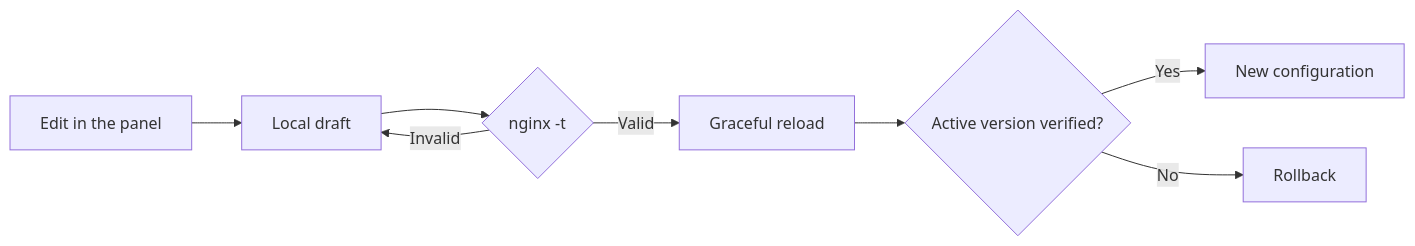
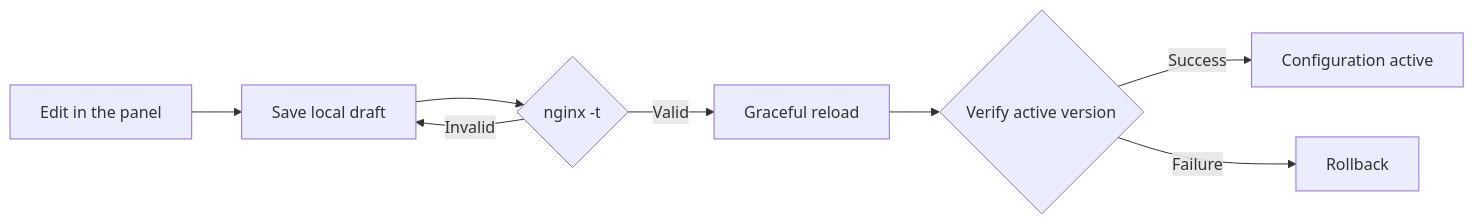
One commit to gadmin2151/ambergate changed the diagram in README.md. Above: the diagram before and after it, drawn with Mermaid. The commit also changed other lines of this file and 14 other files, not shown here.

````diff
--- a/README.md
+++ b/README.md
@@ -260,10 +201,10 @@
 ```mermaid
 flowchart LR
-    A[Edit in the panel] --> B[Local draft]
+    A[Edit in the panel] --> B[Save local draft]
     B --> C{nginx -t}
     C -->|Valid| D[Graceful reload]
     C -->|Invalid| B
-    D --> E{Active version verified?}
-    E -->|Yes| F[New configuration]
-    E -->|No| G[Rollback]
+    D --> E{Verify active version}
+    E -->|Success| F[Configuration active]
+    E -->|Failure| G[Rollback]
 ```
````
